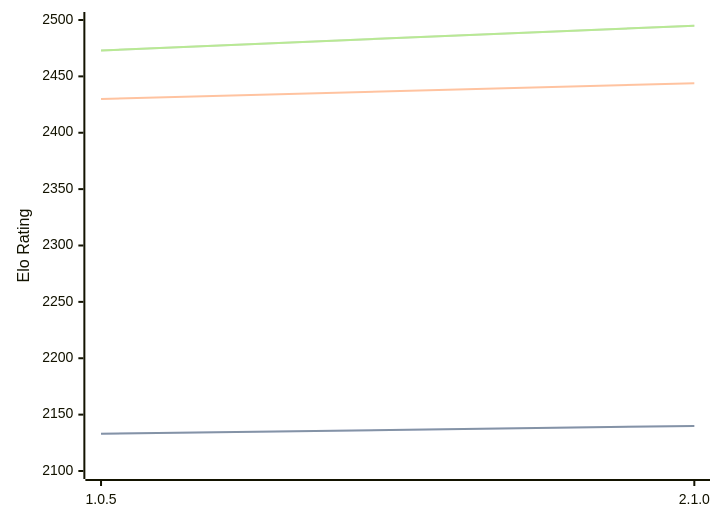
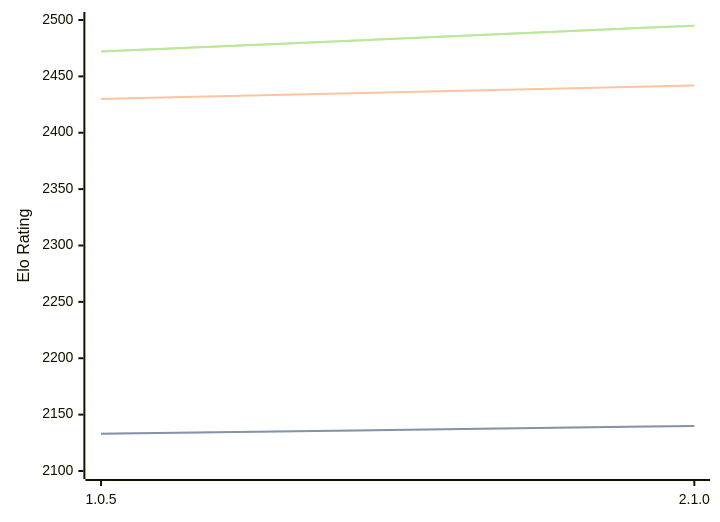
One commit to computer-chess-index/cci changed the third of 3 diagrams in engines/Ruffian.md. Above: the diagram before and after it, drawn with Mermaid. The commit also changed other lines of this file, not shown here.

Commit message:
Update CCI Ratings (ELO VLTC) - 2026-06-30

````diff
--- a/engines/Ruffian.md
+++ b/engines/Ruffian.md
@@ -65,11 +65,11 @@
 ```mermaid
 %%{init: {"theme":"base","themeVariables":{"seriesColors:['#a3a3a3','#222221','#faa371']}}}%%
 xychart-beta
   x-axis ["1.0.5", "2.1.0"]
   y-axis "Elo Rating" 2100 --> 2500
   line "STC (8.0+0.08s)" [2133, 2140]
   line "STC (8.0+0.08s)" [2133, 2140]
-  line "LTC (60.0+0.60s)" [2430, 2444]
-  line "VLTC (2m24s+1.12s)" [2473, 2495]
-  line "VLTC (2m24s+1.12s)" [2473, 2495]
+  line "LTC (60.0+0.60s)" [2430, 2442]
+  line "VLTC (2m24s+1.12s)" [2472, 2495]
+  line "VLTC (2m24s+1.12s)" [2472, 2495]
 ```
````
